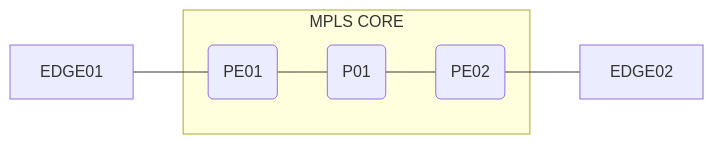
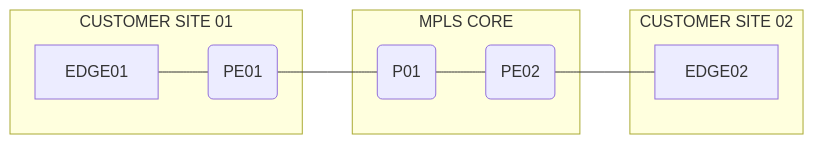
The diagram in diagrams/network_diagram.md (jnaranjom/iac_network_deployment), drawn with Mermaid before and after one commit.

````diff
--- a/diagrams/network_diagram.md
+++ b/diagrams/network_diagram.md
@@ -7,10 +7,13 @@
 ```mermaid
 flowchart LR
-
-  A[EDGE01] --- B(PE01)
+  subgraph CUSTOMER SITE 01
+      A[EDGE01] --- B(PE01)
+  end
   subgraph MPLS CORE
       B --- C(P01)
       C --- D(PE02)
   end
-  D(PE02) --- E[EDGE02]
+  subgraph CUSTOMER SITE 02
+      D(PE02) --- E[EDGE02]
+  end
 ```
````
